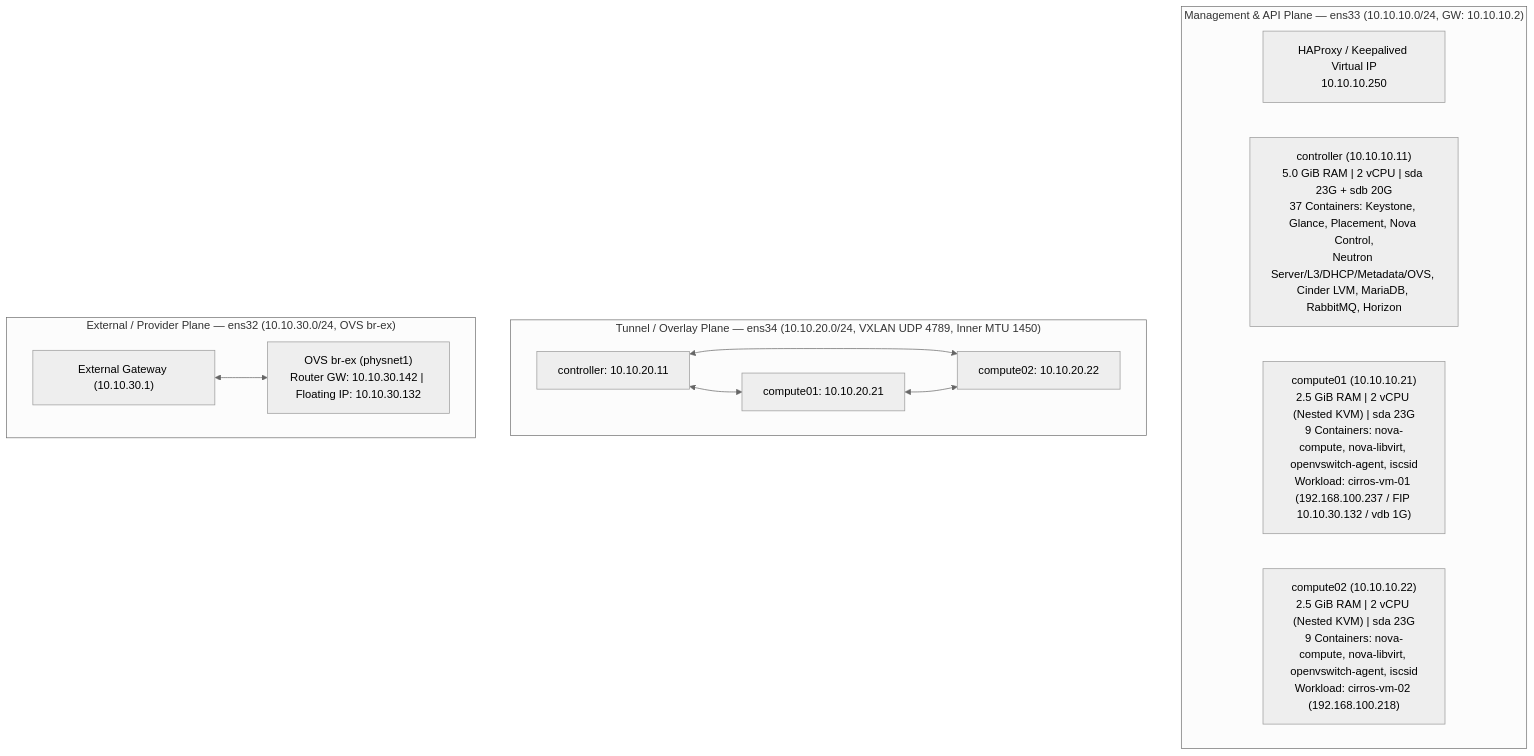
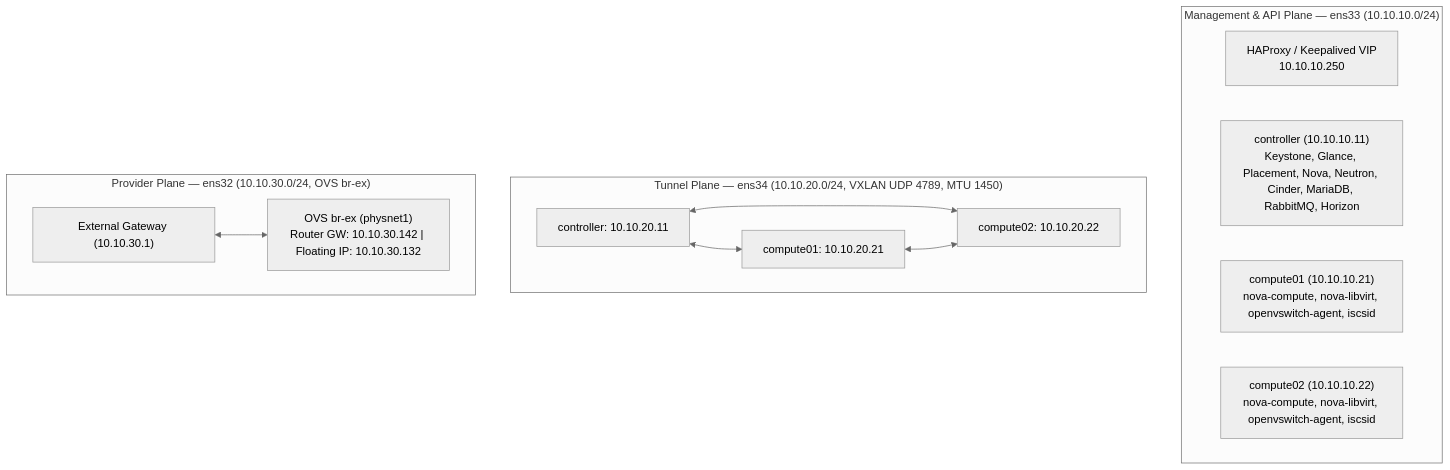
Before and after one commit to whysari/openstack-caracal-multinode: the diagram in README.md, drawn with Mermaid (neutral theme). The commit also changed other lines of this file, not shown here.

````diff
--- a/README.md
+++ b/README.md
@@ -69,19 +58,19 @@
 ```mermaid
 flowchart TB
-    subgraph MGMT["Management & API Plane — ens33 (10.10.10.0/24, GW: 10.10.10.2)"]
-        VIP["HAProxy / Keepalived Virtual IP<br/>10.10.10.250"]
-        CTRL["controller (10.10.10.11)<br/>5.0 GiB RAM | 2 vCPU | sda 23G + sdb 20G<br/>37 Containers: Keystone, Glance, Placement, Nova Control,<br/>Neutron Server/L3/DHCP/Metadata/OVS, Cinder LVM, MariaDB, RabbitMQ, Horizon"]
-        COMP1["compute01 (10.10.10.21)<br/>2.5 GiB RAM | 2 vCPU (Nested KVM) | sda 23G<br/>9 Containers: nova-compute, nova-libvirt, openvswitch-agent, iscsid<br/>Workload: cirros-vm-01 (192.168.100.237 / FIP 10.10.30.132 / vdb 1G)"]
-        COMP2["compute02 (10.10.10.22)<br/>2.5 GiB RAM | 2 vCPU (Nested KVM) | sda 23G<br/>9 Containers: nova-compute, nova-libvirt, openvswitch-agent, iscsid<br/>Workload: cirros-vm-02 (192.168.100.218)"]
+    subgraph MGMT["Management & API Plane — ens33 (10.10.10.0/24)"]
+        VIP["HAProxy / Keepalived VIP<br/>10.10.10.250"]
+        CTRL["controller (10.10.10.11)<br/>Keystone, Glance, Placement, Nova, Neutron, Cinder, MariaDB, RabbitMQ, Horizon"]
+        COMP1["compute01 (10.10.10.21)<br/>nova-compute, nova-libvirt, openvswitch-agent, iscsid"]
+        COMP2["compute02 (10.10.10.22)<br/>nova-compute, nova-libvirt, openvswitch-agent, iscsid"]
     end
 
-    subgraph TUN["Tunnel / Overlay Plane — ens34 (10.10.20.0/24, VXLAN UDP 4789, Inner MTU 1450)"]
+    subgraph TUN["Tunnel Plane — ens34 (10.10.20.0/24, VXLAN UDP 4789, MTU 1450)"]
         CTRL_T["controller: 10.10.20.11"] <--> COMP1_T["compute01: 10.10.20.21"]
         CTRL_T <--> COMP2_T["compute02: 10.10.20.22"]
         COMP1_T <--> COMP2_T
     end
 
-    subgraph EXT["External / Provider Plane — ens32 (10.10.30.0/24, OVS br-ex)"]
+    subgraph EXT["Provider Plane — ens32 (10.10.30.0/24, OVS br-ex)"]
         HOST_GW["External Gateway (10.10.30.1)"] <--> BREX["OVS br-ex (physnet1)<br/>Router GW: 10.10.30.142 | Floating IP: 10.10.30.132"]
     end
 ```
````
